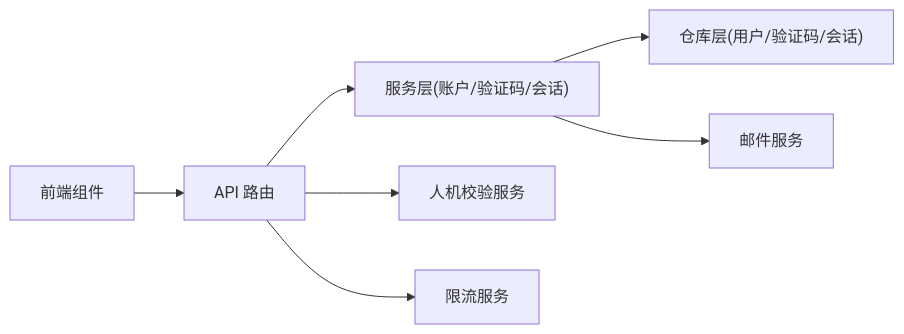
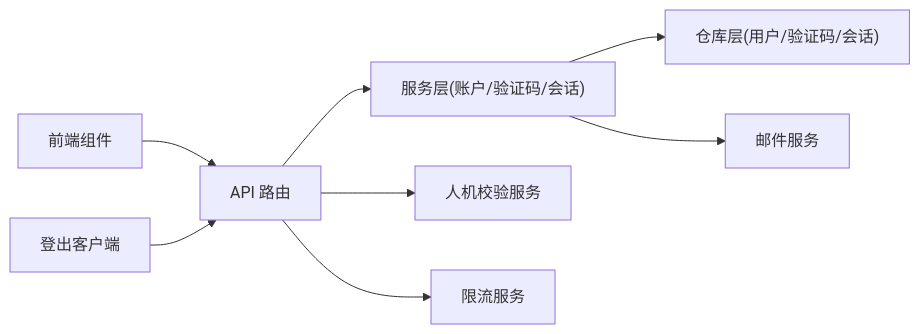
One commit to scottcwy/PurpleInk changed the tenth of 10 diagrams in .qoder/repowiki/zh/content/认证系统/用户认证.md. Above: the diagram before and after it, drawn with Mermaid. The commit also changed other lines of this file and 109 other files, not shown here.

````diff
--- a/.qoder/repowiki/zh/content/认证系统/用户认证.md
+++ b/.qoder/repowiki/zh/content/认证系统/用户认证.md
@@ -600,9 +680,10 @@
 ```mermaid
 graph LR
 FE["前端组件"] --> API["API 路由"]
 API --> SVC["服务层(账户/验证码/会话)"]
 SVC --> REPO["仓库层(用户/验证码/会话)"]
 SVC --> MAIL["邮件服务"]
 API --> HC["人机校验服务"]
 API --> TH["限流服务"]
+LC["登出客户端"] --> API
 ```
````
